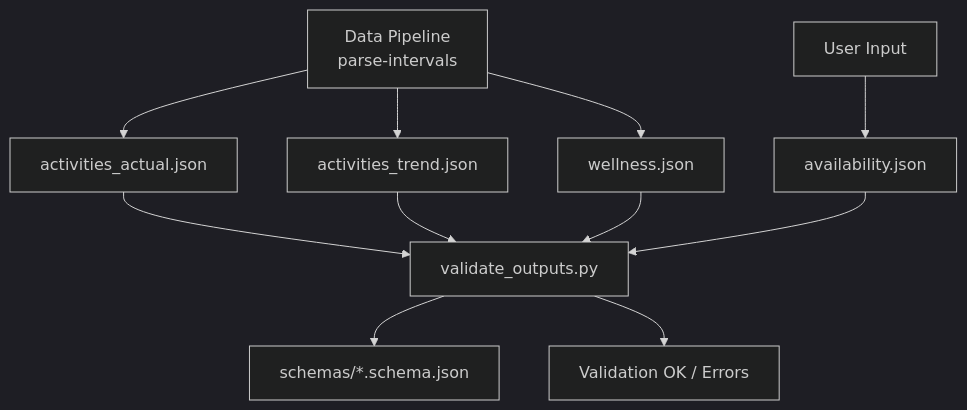
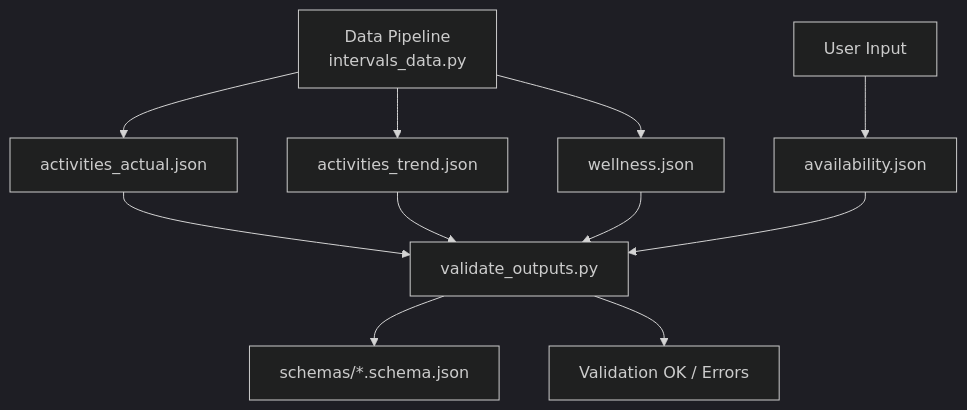
One commit to albauer-priv/RPS changed the diagram in doc/runbooks/validation.md. Above: the diagram before and after it, drawn with Mermaid (dark theme). The commit also changed other lines of this file and 13 other files, not shown here.

````diff
--- a/doc/runbooks/validation.md
+++ b/doc/runbooks/validation.md
@@ -22,13 +22,13 @@
 ```mermaid
 flowchart TD
-  DP[Data Pipeline\nparse-intervals] --> AA[activities_actual.json]
+  DP["Data Pipeline<br>intervals_data.py"] --> AA[activities_actual.json]
   DP --> AT[activities_trend.json]
   DP --> WL[wellness.json]
   UI[User Input] --> AV[availability.json]
   AA --> VA[validate_outputs.py]
   AT --> VA
   AV --> VA
   WL --> VA
   VA --> SC[schemas/*.schema.json]
   VA --> OK[Validation OK / Errors]
 ```
````
